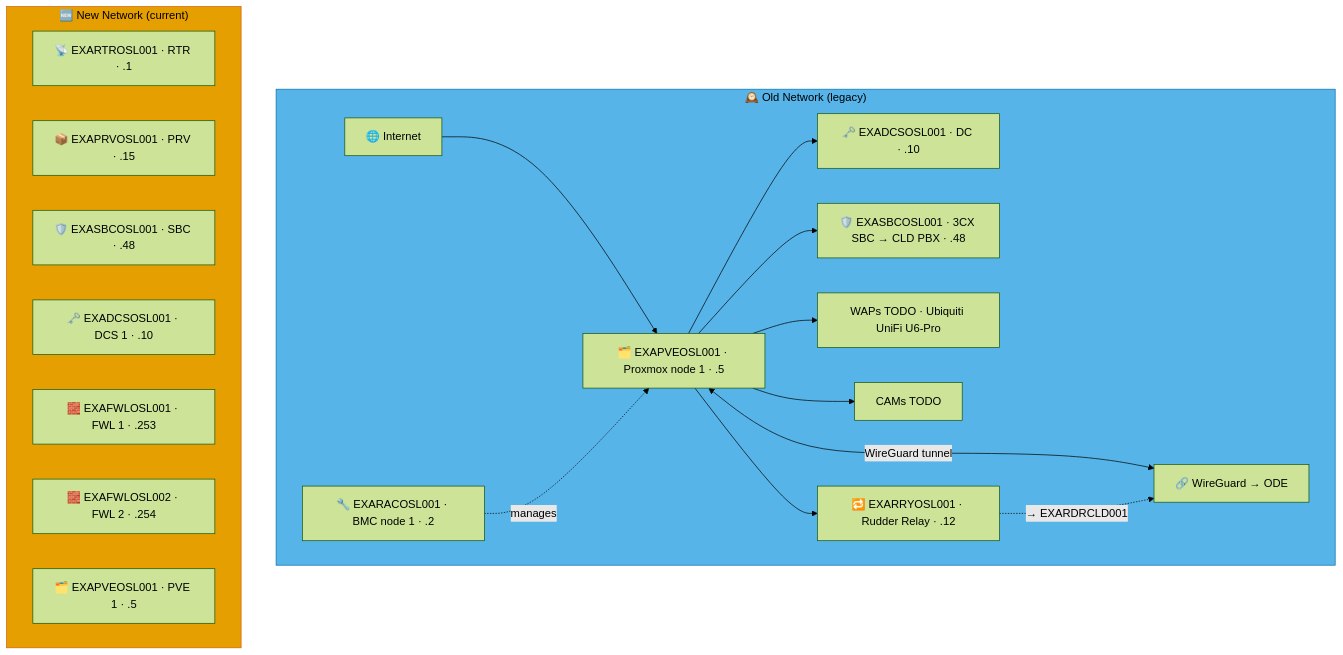
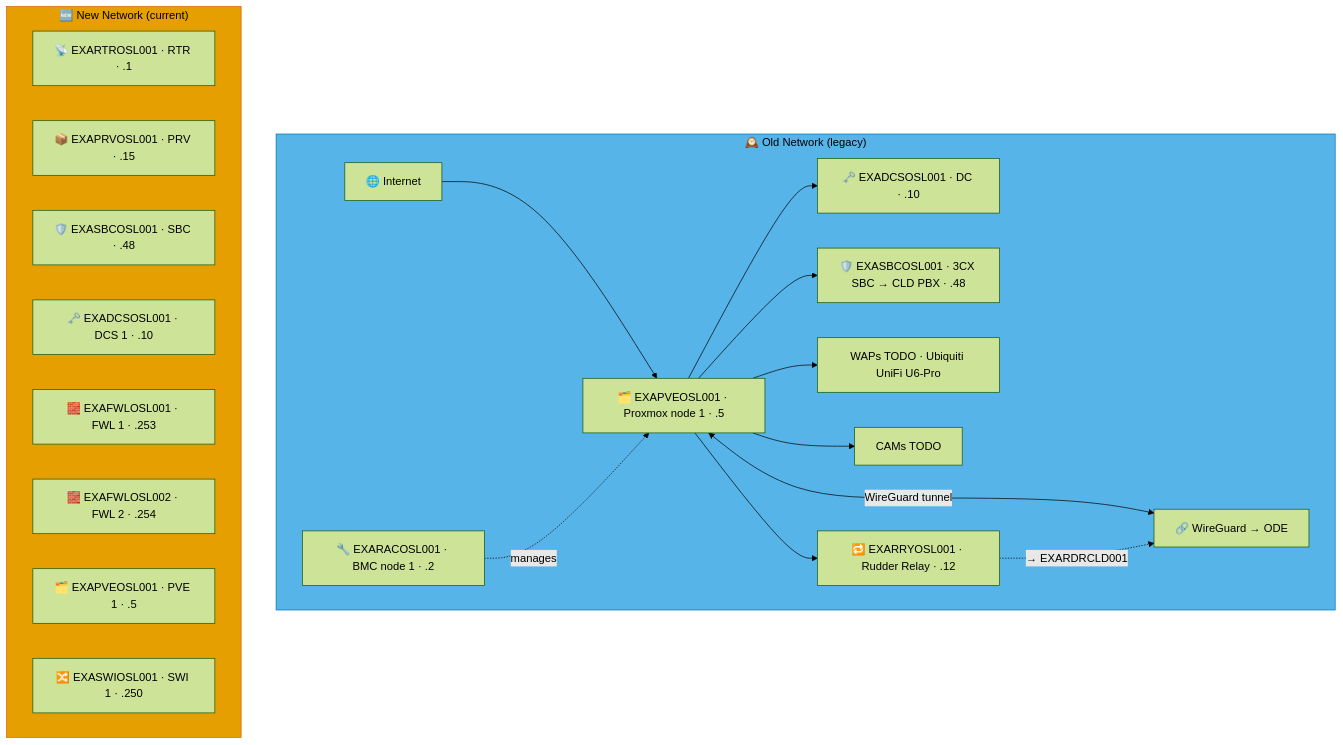
Before and after one commit to knightmare2600/example_music_infra: the diagram in docs/network-diagram/norge.md, drawn with Mermaid (forest theme). The commit also changed 12 other files, not shown here.

````diff
--- a/docs/network-diagram/norge.md
+++ b/docs/network-diagram/norge.md
@@ -16,35 +16,36 @@
 ```mermaid
 graph TD
     subgraph OLD_OSL ["🕰️ Old Network (legacy)"]
       INET["🌐 Internet"]
       RAC["🔧 EXARACOSL001 · BMC node 1 · .2"]
       PVE["🗂️ EXAPVEOSL001 · Proxmox node 1 · .5"]
       DC["🗝️ EXADCSOSL001 · DC · .10"]
       SBC["🛡️ EXASBCOSL001 · 3CX SBC → CLD PBX · .48"]
       RRY["🔁 EXARRYOSL001 · Rudder Relay · .12"]
       WAP["WAPs TODO · Ubiquiti UniFi U6-Pro"]
       CAM["CAMs TODO"]
       VPN["🔗 WireGuard → ODE"]
 
       INET --> PVE --> DC & SBC
       RAC -.->|"manages"| PVE
       PVE --> WAP & CAM
       PVE <-->|"WireGuard tunnel"| VPN
 
       PVE --> RRY
       RRY -. "→ EXARDRCLD001" .-> VPN
     end
     style OLD_OSL fill:#56B4E9,stroke:#0072B2,color:#000000
     %% GENERATED:NEW-NETWORK:OSL:START
     subgraph NEW_OSL ["🆕 New Network (current)"]
       N_RTR["📡 EXARTROSL001 · RTR · .1"]
       N_PRV["📦 EXAPRVOSL001 · PRV · .15"]
       N_SBC["🛡️ EXASBCOSL001 · SBC · .48"]
       N_DCS["🗝️ EXADCSOSL001 · DCS 1 · .10"]
       N_FWL["🧱 EXAFWLOSL001 · FWL 1 · .253"]
       N_FWL2["🧱 EXAFWLOSL002 · FWL 2 · .254"]
       N_PVE["🗂️ EXAPVEOSL001 · PVE 1 · .5"]
+      N_SWI["🔀 EXASWIOSL001 · SWI 1 · .250"]
     end
     style NEW_OSL fill:#E69F00,stroke:#D55E00,color:#000000
     %% GENERATED:NEW-NETWORK:OSL:END
 ```
````
